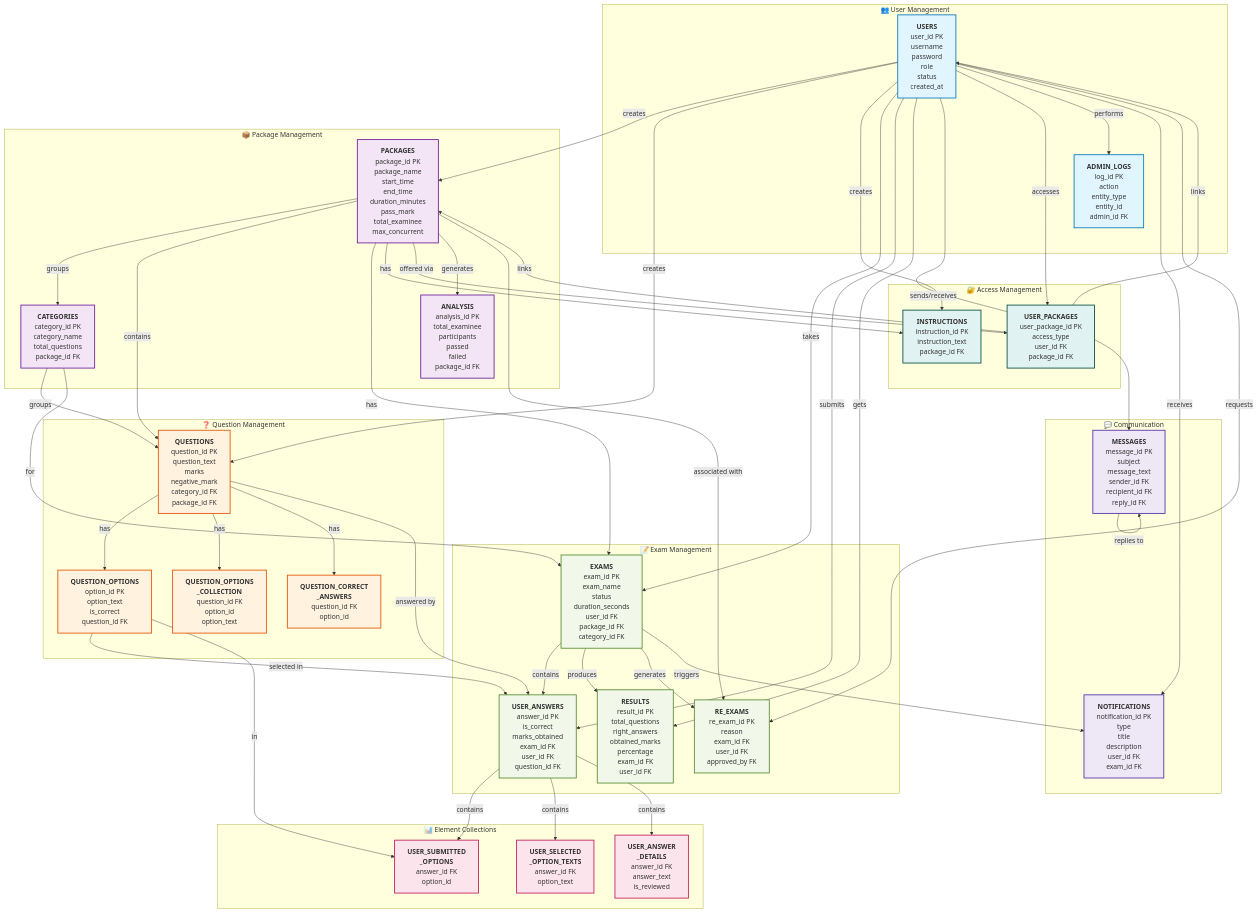
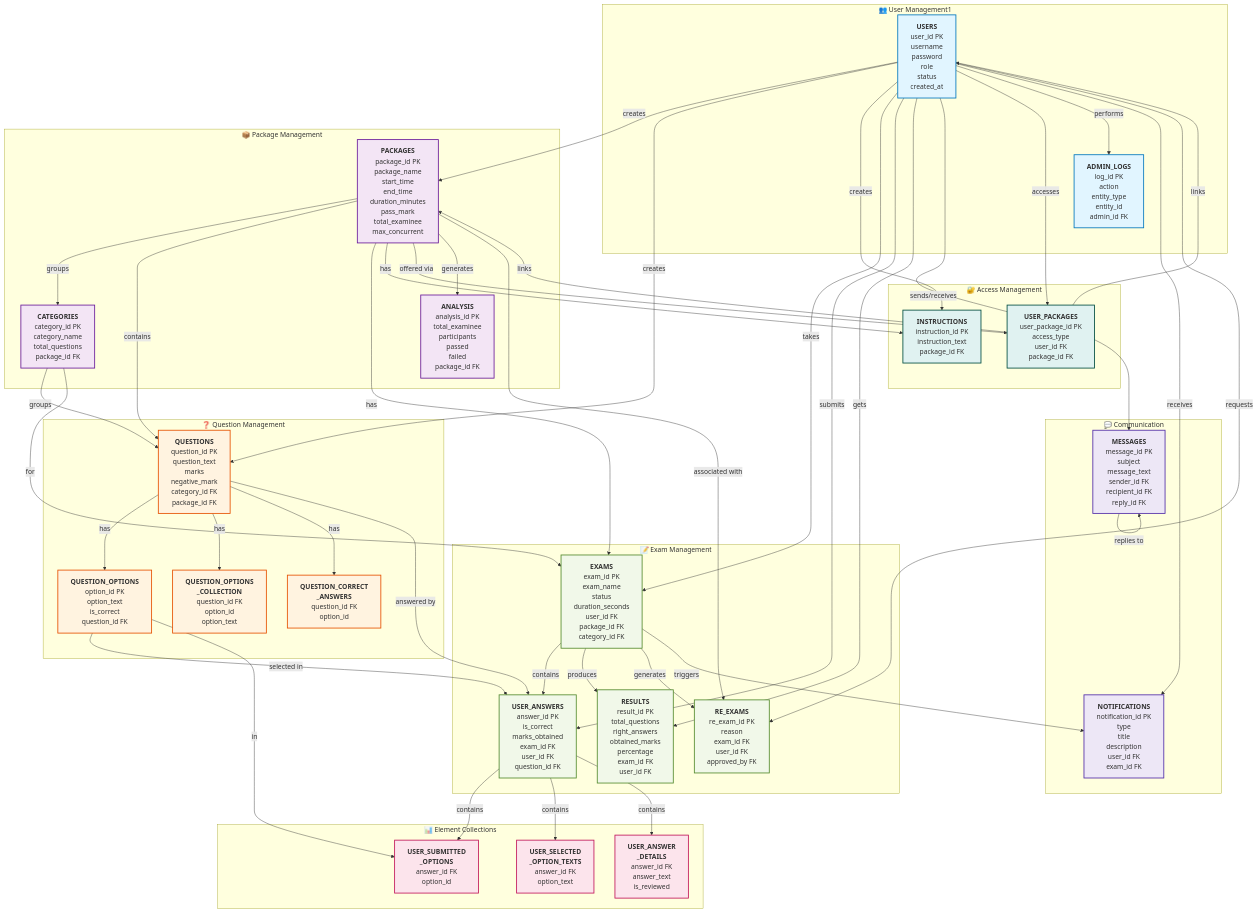
One commit to saddamhdev/icsQuiz changed the diagram in database design/exam_system_detailed_erd.mermaid. Above: the diagram before and after it, drawn with Mermaid.

```diff
--- a/database design/exam_system_detailed_erd.mermaid
+++ b/database design/exam_system_detailed_erd.mermaid
@@ -1,112 +1,112 @@
 graph TB
-    subgraph Users["👥 User Management"]
+    subgraph Users["👥 User Management1"]
         USERS["<b>USERS</b><br/>user_id PK<br/>username<br/>password<br/>role<br/>status<br/>created_at"]
         ADMIN_LOGS["<b>ADMIN_LOGS</b><br/>log_id PK<br/>action<br/>entity_type<br/>entity_id<br/>admin_id FK"]
     end
     
     subgraph Packages["📦 Package Management"]
         PACKAGES["<b>PACKAGES</b><br/>package_id PK<br/>package_name<br/>start_time<br/>end_time<br/>duration_minutes<br/>pass_mark<br/>total_examinee<br/>max_concurrent"]
         CATEGORIES["<b>CATEGORIES</b><br/>category_id PK<br/>category_name<br/>total_questions<br/>package_id FK"]
         ANALYSIS["<b>ANALYSIS</b><br/>analysis_id PK<br/>total_examinee<br/>participants<br/>passed<br/>failed<br/>package_id FK"]
     end
     
     subgraph Questions["❓ Question Management"]
         QUESTIONS["<b>QUESTIONS</b><br/>question_id PK<br/>question_text<br/>marks<br/>negative_mark<br/>category_id FK<br/>package_id FK"]
         QUESTION_OPTIONS["<b>QUESTION_OPTIONS</b><br/>option_id PK<br/>option_text<br/>is_correct<br/>question_id FK"]
         QOC["<b>QUESTION_OPTIONS<br/>_COLLECTION</b><br/>question_id FK<br/>option_id<br/>option_text"]
         QCA["<b>QUESTION_CORRECT<br/>_ANSWERS</b><br/>question_id FK<br/>option_id"]
     end
     
     subgraph Exams["📝 Exam Management"]
         EXAMS["<b>EXAMS</b><br/>exam_id PK<br/>exam_name<br/>status<br/>duration_seconds<br/>user_id FK<br/>package_id FK<br/>category_id FK"]
         USER_ANSWERS["<b>USER_ANSWERS</b><br/>answer_id PK<br/>is_correct<br/>marks_obtained<br/>exam_id FK<br/>user_id FK<br/>question_id FK"]
         RESULTS["<b>RESULTS</b><br/>result_id PK<br/>total_questions<br/>right_answers<br/>obtained_marks<br/>percentage<br/>exam_id FK<br/>user_id FK"]
         RE_EXAMS["<b>RE_EXAMS</b><br/>re_exam_id PK<br/>reason<br/>exam_id FK<br/>user_id FK<br/>approved_by FK"]
     end
     
     subgraph Collections["📊 Element Collections"]
         USO["<b>USER_SUBMITTED<br/>_OPTIONS</b><br/>answer_id FK<br/>option_id"]
         USOT["<b>USER_SELECTED<br/>_OPTION_TEXTS</b><br/>answer_id FK<br/>option_text"]
         UAD["<b>USER_ANSWER<br/>_DETAILS</b><br/>answer_id FK<br/>answer_text<br/>is_reviewed"]
     end
     
     subgraph Communication["💬 Communication"]
         MESSAGES["<b>MESSAGES</b><br/>message_id PK<br/>subject<br/>message_text<br/>sender_id FK<br/>recipient_id FK<br/>reply_id FK"]
         NOTIFICATIONS["<b>NOTIFICATIONS</b><br/>notification_id PK<br/>type<br/>title<br/>description<br/>user_id FK<br/>exam_id FK"]
     end
     
     subgraph Access["🔐 Access Management"]
         USER_PACKAGES["<b>USER_PACKAGES</b><br/>user_package_id PK<br/>access_type<br/>user_id FK<br/>package_id FK"]
         INSTRUCTIONS["<b>INSTRUCTIONS</b><br/>instruction_id PK<br/>instruction_text<br/>package_id FK"]
     end
     
     %% User Relationships
     USERS -->|creates| PACKAGES
     USERS -->|creates| QUESTIONS
     USERS -->|creates| INSTRUCTIONS
     USERS -->|takes| EXAMS
     USERS -->|submits| USER_ANSWERS
     USERS -->|gets| RESULTS
     USERS -->|sends/receives| MESSAGES
     USERS -->|accesses| USER_PACKAGES
     USERS -->|performs| ADMIN_LOGS
     USERS -->|receives| NOTIFICATIONS
     USERS -->|requests| RE_EXAMS
     
     %% Package Relationships
     PACKAGES -->|groups| CATEGORIES
     PACKAGES -->|contains| QUESTIONS
     PACKAGES -->|has| EXAMS
     PACKAGES -->|has| INSTRUCTIONS
     PACKAGES -->|offered via| USER_PACKAGES
     PACKAGES -->|generates| ANALYSIS
     PACKAGES -->|associated with| RE_EXAMS
     
     %% Category Relationships
     CATEGORIES -->|groups| QUESTIONS
     CATEGORIES -->|for| EXAMS
     
     %% Question Relationships
     QUESTIONS -->|has| QUESTION_OPTIONS
     QUESTIONS -->|has| QOC
     QUESTIONS -->|has| QCA
     QUESTIONS -->|answered by| USER_ANSWERS
     
     %% Question Options Relationships
     QUESTION_OPTIONS -->|selected in| USER_ANSWERS
     QUESTION_OPTIONS -->|in| USO
     
     %% Exam Relationships
     EXAMS -->|contains| USER_ANSWERS
     EXAMS -->|produces| RESULTS
     EXAMS -->|generates| RE_EXAMS
     EXAMS -->|triggers| NOTIFICATIONS
     
     %% User Answers Relationships
     USER_ANSWERS -->|contains| USO
     USER_ANSWERS -->|contains| USOT
     USER_ANSWERS -->|contains| UAD
     
     %% Message Relationships
     MESSAGES -->|replies to| MESSAGES
     
     %% Access Relationships
     USER_PACKAGES -->|links| USERS
     USER_PACKAGES -->|links| PACKAGES
     
     %% Styling
     classDef users fill:#e1f5ff,stroke:#0277bd,stroke-width:2px
     classDef packages fill:#f3e5f5,stroke:#6a1b9a,stroke-width:2px
     classDef questions fill:#fff3e0,stroke:#e65100,stroke-width:2px
     classDef exams fill:#f1f8e9,stroke:#558b2f,stroke-width:2px
     classDef collections fill:#fce4ec,stroke:#c2185b,stroke-width:2px
     classDef communication fill:#ede7f6,stroke:#512da8,stroke-width:2px
     classDef access fill:#e0f2f1,stroke:#004d40,stroke-width:2px
     
     class USERS,ADMIN_LOGS users
     class PACKAGES,CATEGORIES,ANALYSIS packages
     class QUESTIONS,QUESTION_OPTIONS,QOC,QCA questions
     class EXAMS,USER_ANSWERS,RESULTS,RE_EXAMS exams
     class USO,USOT,UAD collections
     class MESSAGES,NOTIFICATIONS communication
     class USER_PACKAGES,INSTRUCTIONS access
```
